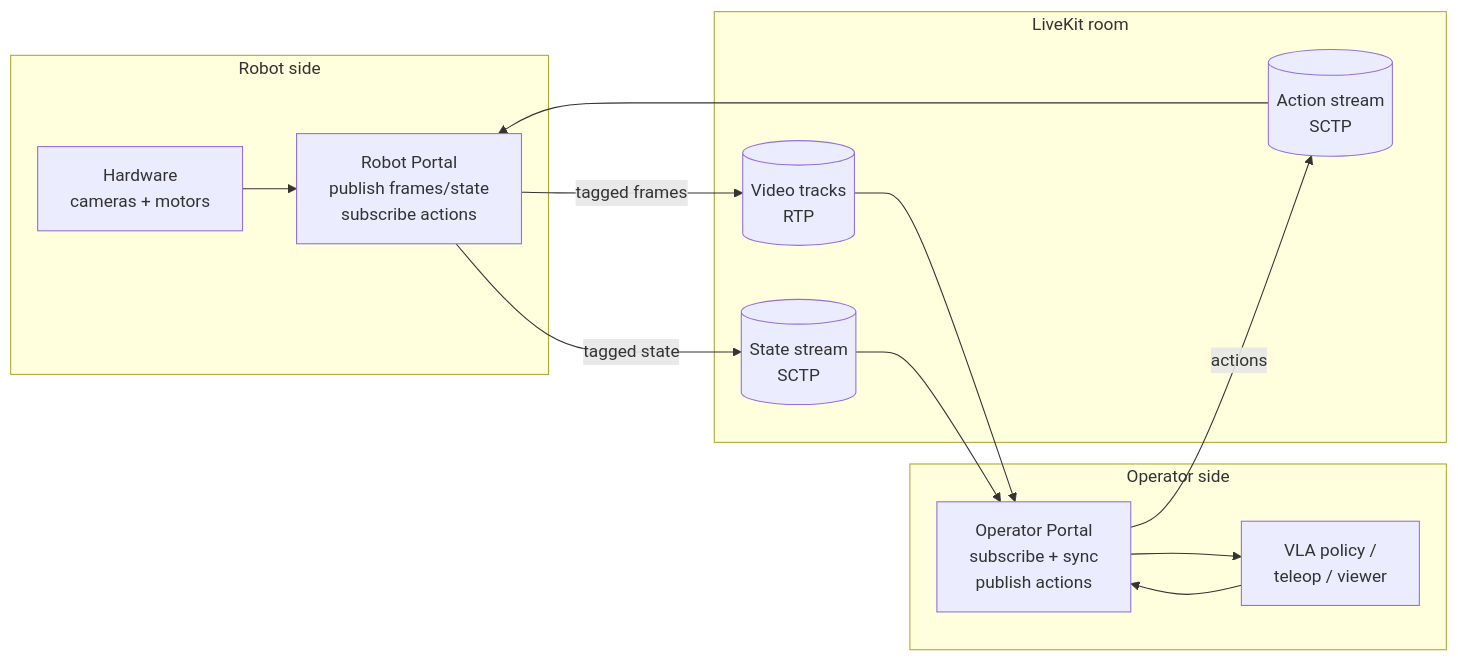
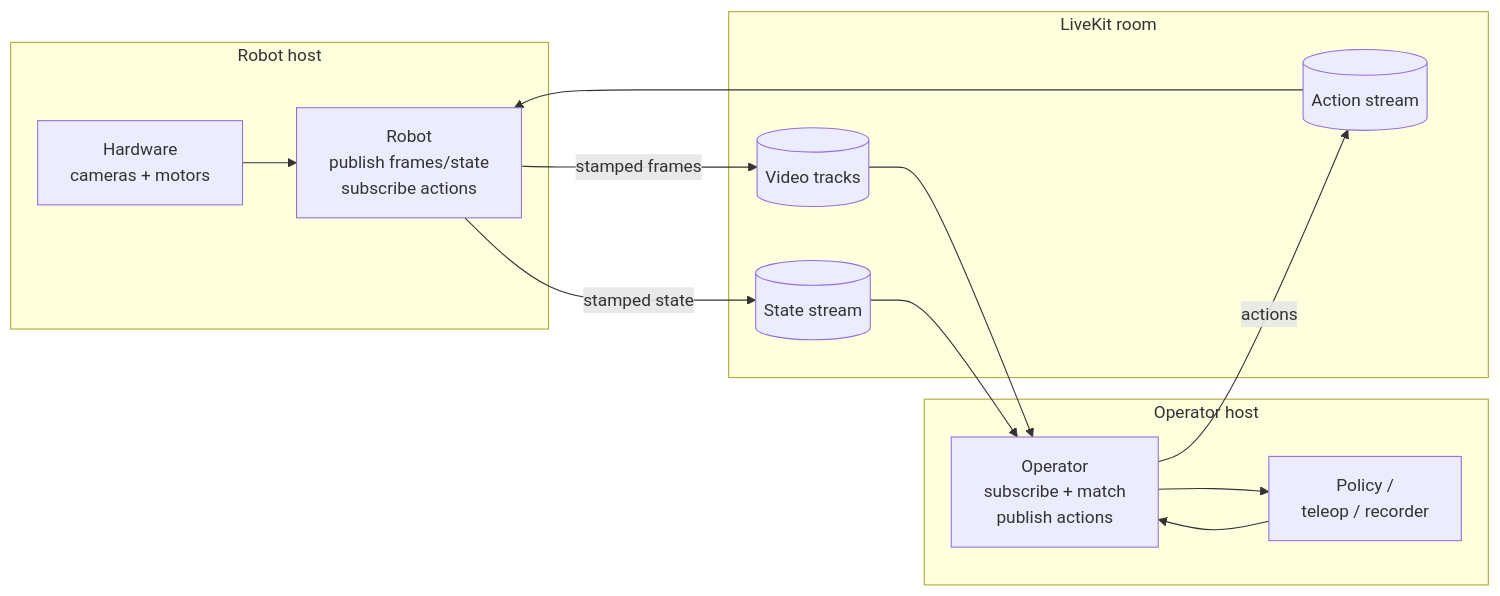
One commit to livekit/portal changed the second of 3 diagrams in docs/02-concepts.md. Above: the diagram before and after it, drawn with Mermaid. The commit also changed other lines of this file and 28 other files, not shown here.

````diff
--- a/docs/02-concepts.md
+++ b/docs/02-concepts.md
@@ -86,29 +180,29 @@
 ```mermaid
 flowchart LR
-    subgraph Robot["Robot side"]
+    subgraph Robot["Robot host"]
         H[Hardware<br/>cameras + motors]
-        RP[Robot Portal<br/>publish frames/state<br/>subscribe actions]
+        RP[Robot<br/>publish frames/state<br/>subscribe actions]
         H --> RP
     end
 
     subgraph Cloud["LiveKit room"]
-        V[(Video tracks<br/>RTP)]
-        S[(State stream<br/>SCTP)]
-        A[(Action stream<br/>SCTP)]
+        V[(Video tracks)]
+        S[(State stream)]
+        A[(Action stream)]
     end
 
-    subgraph Operator["Operator side"]
-        OP[Operator Portal<br/>subscribe + sync<br/>publish actions]
-        M[VLA policy /<br/>teleop / viewer]
+    subgraph Operator["Operator host"]
+        OP[Operator<br/>subscribe + match<br/>publish actions]
+        M[Policy /<br/>teleop / recorder]
         OP --> M
         M --> OP
     end
 
-    RP -- tagged frames --> V
-    RP -- tagged state  --> S
-    A  --> RP
+    RP -- stamped frames --> V
+    RP -- stamped state --> S
+    A --> RP
 
-    V  --> OP
-    S  --> OP
+    V --> OP
+    S --> OP
     OP -- actions --> A
 ```
````
